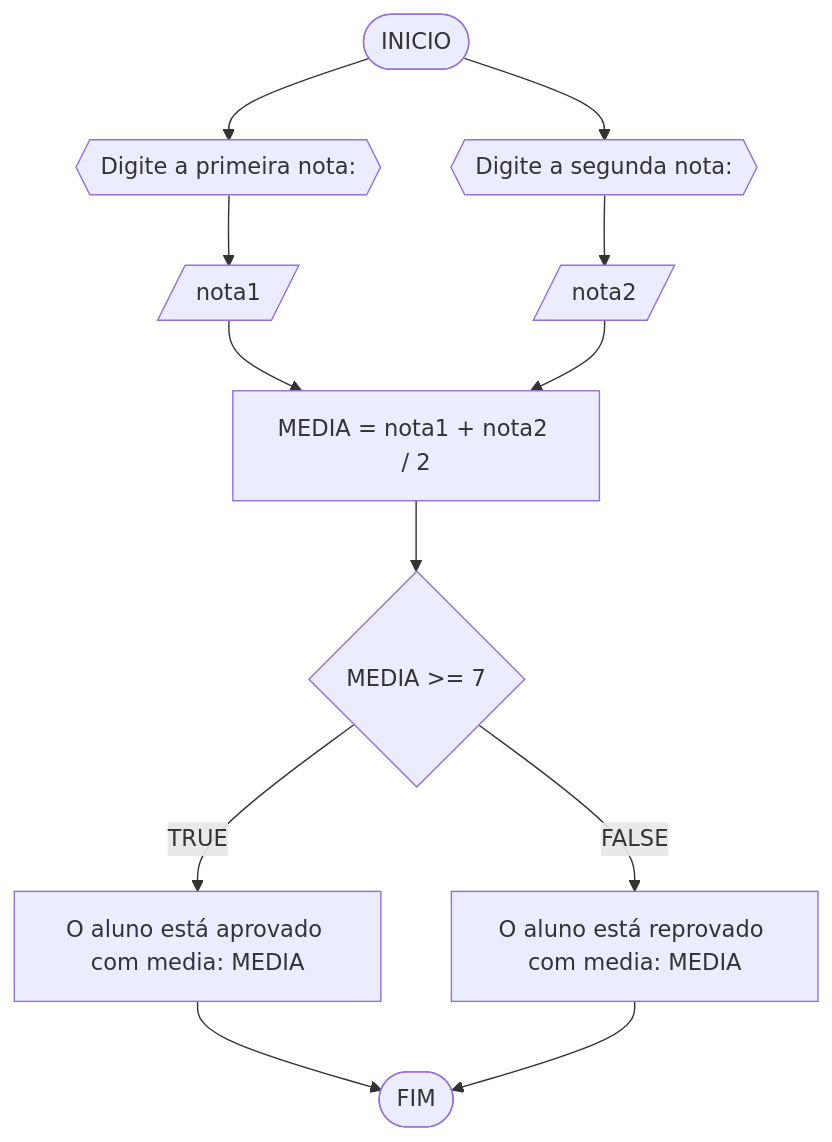
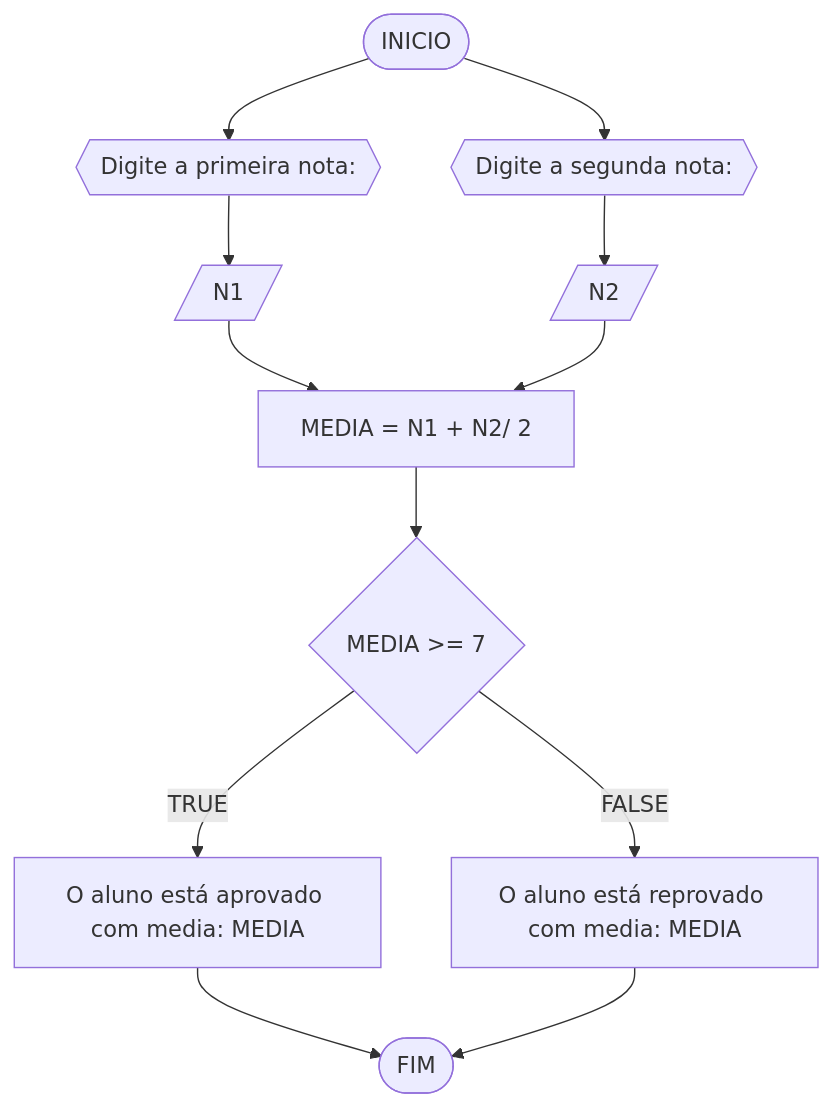
The third of 4 diagrams in RLA/unidade1/lista1.md (edudouraado/unifor), drawn with Mermaid before and after one commit. The commit also changed other lines of this file, not shown here.

````diff
--- a/RLA/unidade1/lista1.md
+++ b/RLA/unidade1/lista1.md
@@ -101,14 +101,14 @@
 ```mermaid
 flowchart TD
 A([INICIO]) --> B{{Digite a primeira nota: }}
-B --> C[/nota1/]
+B --> C[/N1/]
 A --> D{{Digite a segunda nota: }}
-D --> E[/nota2/]
-C --> F[MEDIA = nota1 + nota2 / 2]
+D --> E[/N2/]
+C --> F[MEDIA = N1 + N2/ 2]
 E --> F
 F --> G{MEDIA >= 7}
 G --TRUE--> H[O aluno está aprovado com media: MEDIA]
 G --FALSE--> I[O aluno está reprovado com media: MEDIA]
 H --> J([FIM])
 I --> J
 ```  
````
